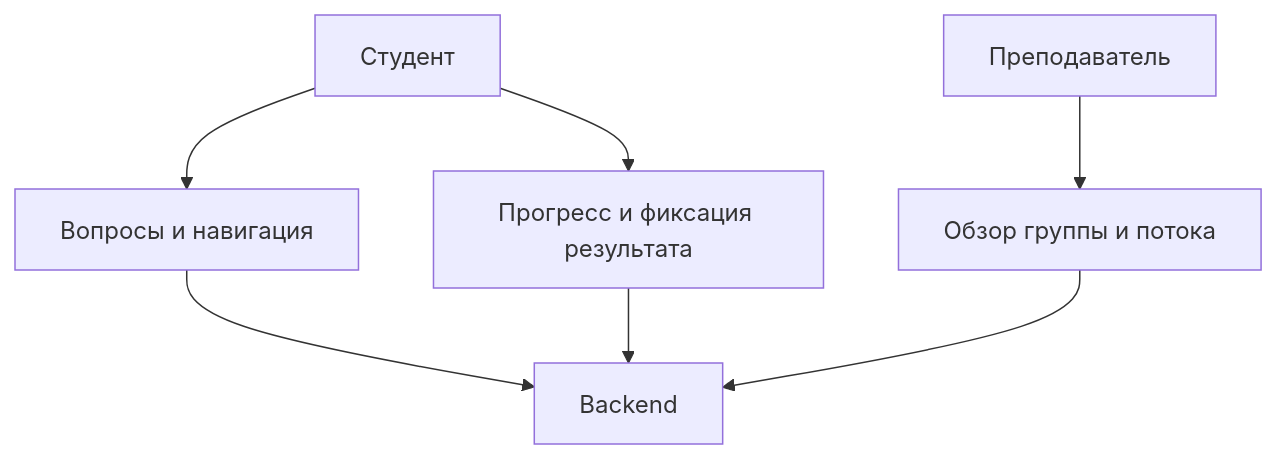
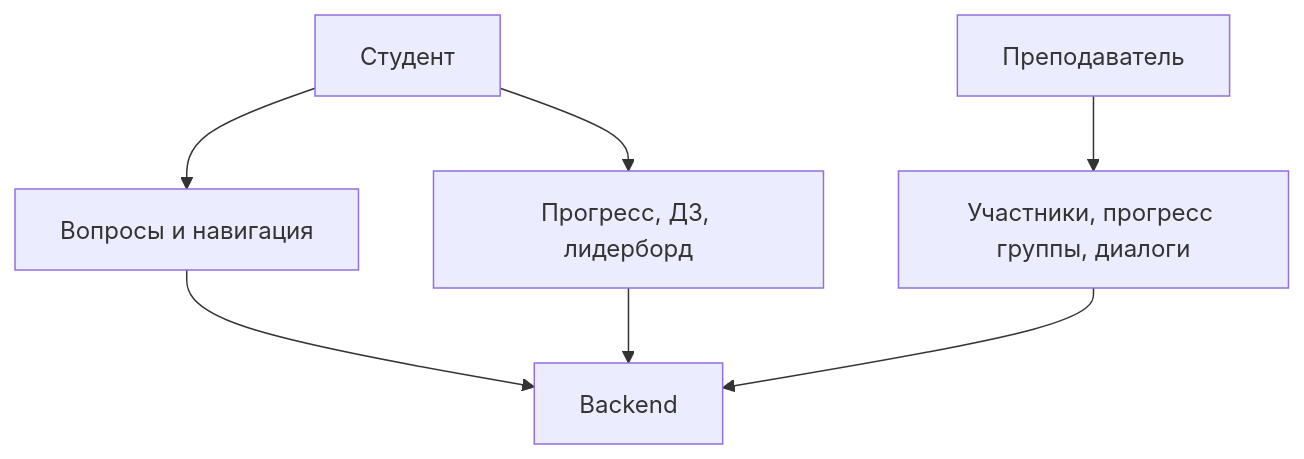
Before and after one commit to apfisenko/llmstart-fullstack-live: the fourth of 6 diagrams in docs/vision.md, drawn with Mermaid. The commit also changed other lines of this file and 14 other files, not shown here.

````diff
--- a/docs/vision.md
+++ b/docs/vision.md
@@ -98,11 +103,11 @@
 ```mermaid
 flowchart TB
   S["Студент"]
   T["Преподаватель"]
   S --> Q["Вопросы и навигация"]
-  S --> P["Прогресс и фиксация результата"]
-  T --> G["Обзор группы и потока"]
+  S --> P["Прогресс, ДЗ, лидерборд"]
+  T --> G["Участники, прогресс группы, диалоги"]
   Q --> BE["Backend"]
   P --> BE
   G --> BE
 ```
````
